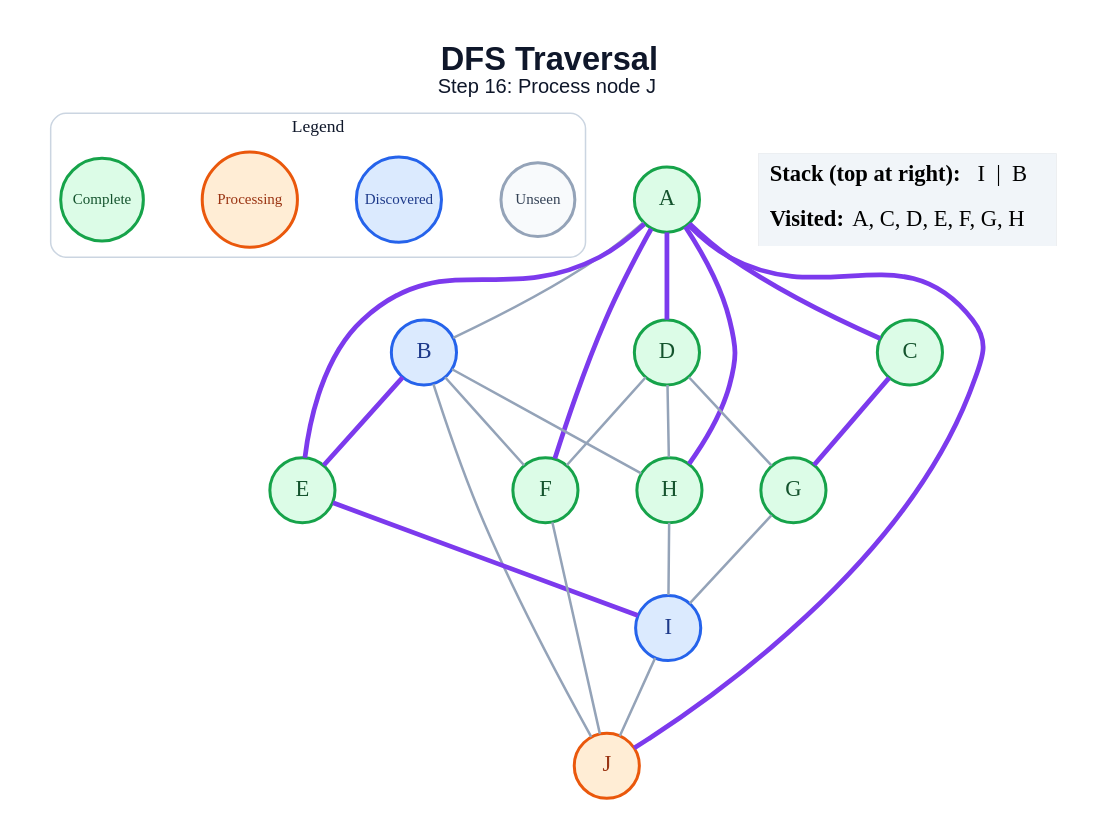
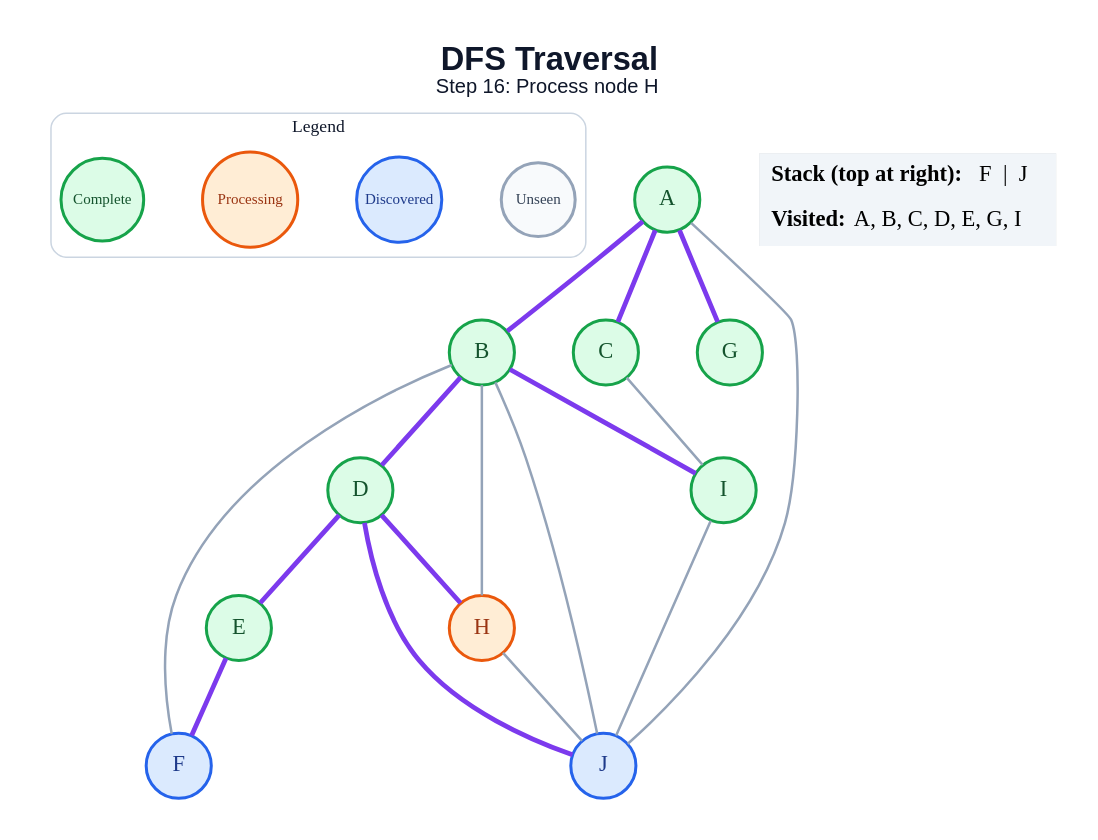
Before and after one commit to anon7238593-create/ai-slop: the diagram in generated/specific-node/dfs/step_16.dot, drawn with Graphviz. The commit also changed 171 other files, not shown here.

```diff
--- a/generated/specific-node/dfs/step_16.dot
+++ b/generated/specific-node/dfs/step_16.dot
@@ -1,49 +1,45 @@
 graph traversal {
   graph [layout=dot, rankdir=TB, bgcolor="#FFFFFF", pad="0.35", nodesep="0.65", ranksep="0.8", fontname="Arial"];
   node [shape=circle, style="filled", fontname="Arial Bold", fontsize=18, width=0.72, fixedsize=true, penwidth=2.4];
   edge [color="#94A3B8", penwidth=2.0];
-  label=<<B>DFS Traversal</B><BR/><FONT POINT-SIZE="16">Step 16: Process node J</FONT>>; labelloc="t"; fontsize=26; fontname="Arial"; fontcolor="#0F172A";
+  label=<<B>DFS Traversal</B><BR/><FONT POINT-SIZE="16">Step 16: Process node H</FONT>>; labelloc="t"; fontsize=26; fontname="Arial"; fontcolor="#0F172A";
   subgraph cluster_legend { label="Legend"; color="#CBD5E1"; penwidth=1.2; style="rounded"; fontsize=14; fontname="Arial Bold";
     key_unseen [label="Unseen", fillcolor="#F8FAFC", color="#94A3B8", fontcolor="#334155", fontsize=12, width=0.82];
     key_frontier [label="Discovered", fillcolor="#DBEAFE", color="#2563EB", fontcolor="#1E3A8A", fontsize=12, width=0.95];
     key_current [label="Processing", fillcolor="#FFEDD5", color="#EA580C", fontcolor="#9A3412", fontsize=12, width=1.05];
     key_done [label="Complete", fillcolor="#DCFCE7", color="#16A34A", fontcolor="#14532D", fontsize=12, width=0.92];
     { rank=same; key_unseen; key_frontier; key_current; key_done; }
   }
   A [fillcolor="#DCFCE7", color="#16A34A", fontcolor="#14532D"];
-  B [fillcolor="#DBEAFE", color="#2563EB", fontcolor="#1E3A8A"];
+  B [fillcolor="#DCFCE7", color="#16A34A", fontcolor="#14532D"];
   C [fillcolor="#DCFCE7", color="#16A34A", fontcolor="#14532D"];
   D [fillcolor="#DCFCE7", color="#16A34A", fontcolor="#14532D"];
   E [fillcolor="#DCFCE7", color="#16A34A", fontcolor="#14532D"];
-  F [fillcolor="#DCFCE7", color="#16A34A", fontcolor="#14532D"];
+  F [fillcolor="#DBEAFE", color="#2563EB", fontcolor="#1E3A8A"];
   G [fillcolor="#DCFCE7", color="#16A34A", fontcolor="#14532D"];
-  H [fillcolor="#DCFCE7", color="#16A34A", fontcolor="#14532D"];
-  I [fillcolor="#DBEAFE", color="#2563EB", fontcolor="#1E3A8A"];
-  J [fillcolor="#FFEDD5", color="#EA580C", fontcolor="#9A3412"];
-  A -- B;
+  H [fillcolor="#FFEDD5", color="#EA580C", fontcolor="#9A3412"];
+  I [fillcolor="#DCFCE7", color="#16A34A", fontcolor="#14532D"];
+  J [fillcolor="#DBEAFE", color="#2563EB", fontcolor="#1E3A8A"];
+  A -- B [color="#7C3AED", penwidth=3.8];
   A -- C [color="#7C3AED", penwidth=3.8];
-  A -- D [color="#7C3AED", penwidth=3.8];
-  A -- E [color="#7C3AED", penwidth=3.8];
-  A -- F [color="#7C3AED", penwidth=3.8];
-  A -- H [color="#7C3AED", penwidth=3.8];
-  A -- J [color="#7C3AED", penwidth=3.8];
-  B -- E [color="#7C3AED", penwidth=3.8];
+  A -- G [color="#7C3AED", penwidth=3.8];
+  A -- J;
+  B -- D [color="#7C3AED", penwidth=3.8];
   B -- F;
   B -- H;
+  B -- I [color="#7C3AED", penwidth=3.8];
   B -- J;
-  C -- G [color="#7C3AED", penwidth=3.8];
-  D -- F;
-  D -- G;
-  D -- H;
-  E -- I [color="#7C3AED", penwidth=3.8];
-  F -- J;
-  G -- I;
-  H -- I;
+  C -- I;
+  D -- E [color="#7C3AED", penwidth=3.8];
+  D -- H [color="#7C3AED", penwidth=3.8];
+  D -- J [color="#7C3AED", penwidth=3.8];
+  E -- F [color="#7C3AED", penwidth=3.8];
+  H -- J;
   I -- J;
   status [shape=plain, fixedsize=false, width=0, height=0, margin=0, label=<
     <TABLE BORDER="0" CELLBORDER="0" CELLPADDING="7" BGCOLOR="#F1F5F9">
-      <TR><TD ALIGN="LEFT"><B>Stack (top at right):</B> I  |  B</TD></TR>
-      <TR><TD ALIGN="LEFT"><B>Visited:</B> A, C, D, E, F, G, H</TD></TR>
+      <TR><TD ALIGN="LEFT"><B>Stack (top at right):</B> F  |  J</TD></TR>
+      <TR><TD ALIGN="LEFT"><B>Visited:</B> A, B, C, D, E, G, I</TD></TR>
     </TABLE>
   >];
 }
```
